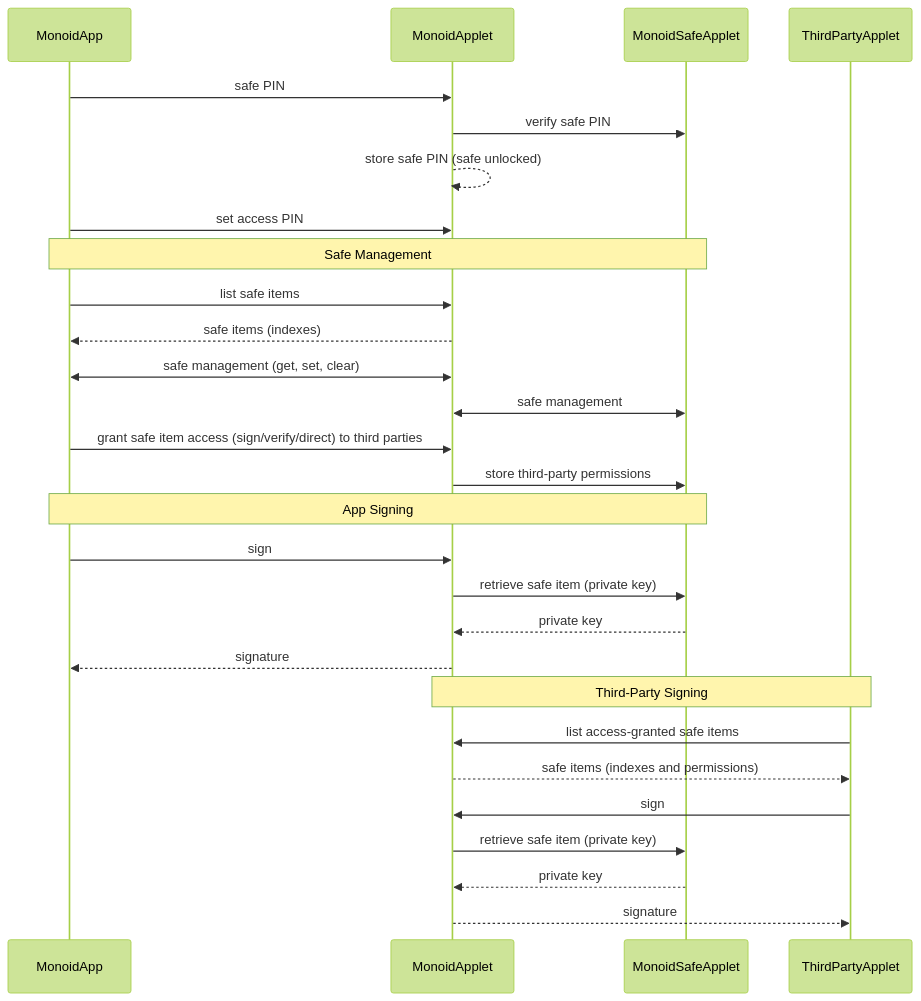
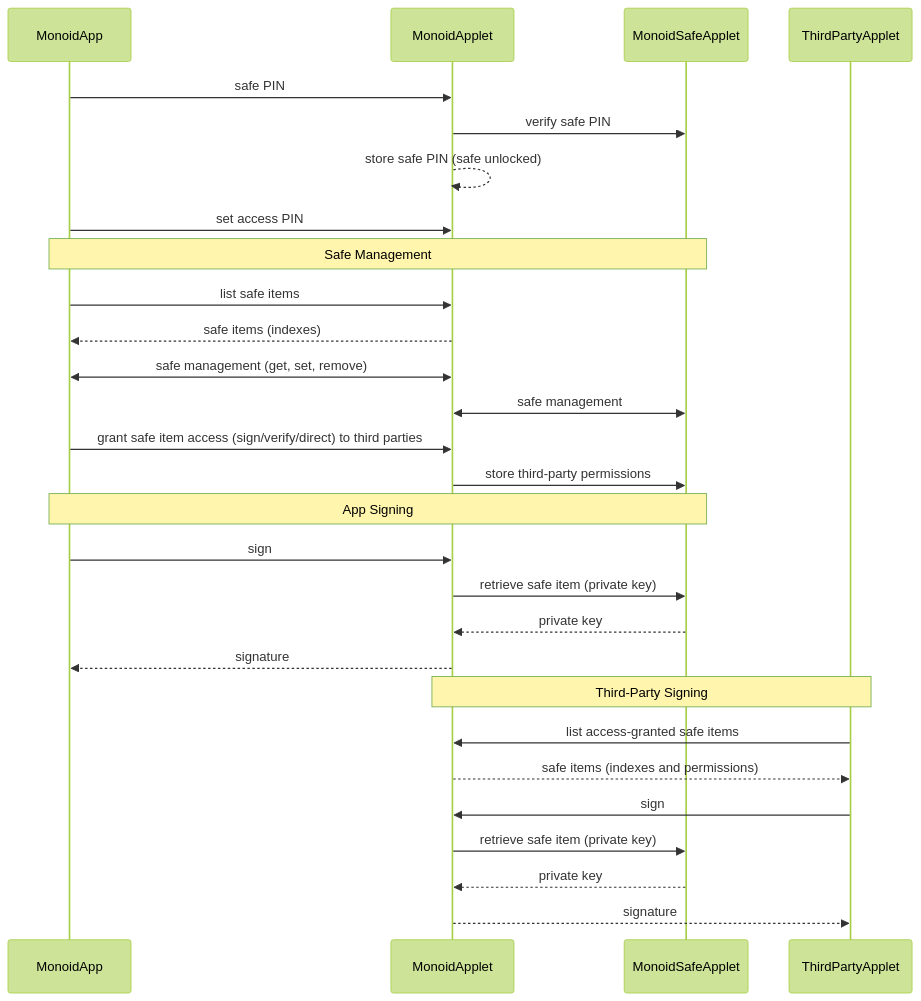
One commit to vilicvane/monoid-javacard changed the diagram in ARCHITECTURE.md. Above: the diagram before and after it, drawn with Mermaid (forest theme). The commit also changed 52 other files, not shown here.

````diff
--- a/ARCHITECTURE.md
+++ b/ARCHITECTURE.md
@@ -3,38 +3,38 @@
 ```mermaid
 sequenceDiagram
     participant MonoidApp
     participant MonoidApplet
     participant MonoidSafeApplet
     participant ThirdPartyApplet
 
     MonoidApp ->> MonoidApplet: safe PIN
     MonoidApplet ->> MonoidSafeApplet: verify safe PIN
     MonoidApplet -->> MonoidApplet: store safe PIN (safe unlocked)
 
     MonoidApp ->> MonoidApplet: set access PIN
 
     note over MonoidApp, MonoidSafeApplet: Safe Management
 
     MonoidApp ->> MonoidApplet: list safe items
     MonoidApplet -->> MonoidApp: safe items (indexes)
-    MonoidApp <<->> MonoidApplet: safe management (get, set, clear)
+    MonoidApp <<->> MonoidApplet: safe management (get, set, remove)
     MonoidApplet <<->> MonoidSafeApplet: safe management
     MonoidApp ->> MonoidApplet: grant safe item access (sign/verify/direct) to third parties
     MonoidApplet ->> MonoidSafeApplet: store third-party permissions
 
     note over MonoidApp, MonoidSafeApplet: App Signing
 
     MonoidApp ->> MonoidApplet: sign
     MonoidApplet ->> MonoidSafeApplet: retrieve safe item (private key)
     MonoidSafeApplet -->> MonoidApplet: private key
     MonoidApplet -->> MonoidApp: signature
 
     note over MonoidApplet, ThirdPartyApplet: Third-Party Signing
 
     ThirdPartyApplet ->> MonoidApplet: list access-granted safe items
     MonoidApplet -->> ThirdPartyApplet: safe items (indexes and permissions)
     ThirdPartyApplet ->> MonoidApplet: sign
     MonoidApplet ->> MonoidSafeApplet: retrieve safe item (private key)
     MonoidSafeApplet -->> MonoidApplet: private key
     MonoidApplet -->> ThirdPartyApplet: signature
 ```
````
